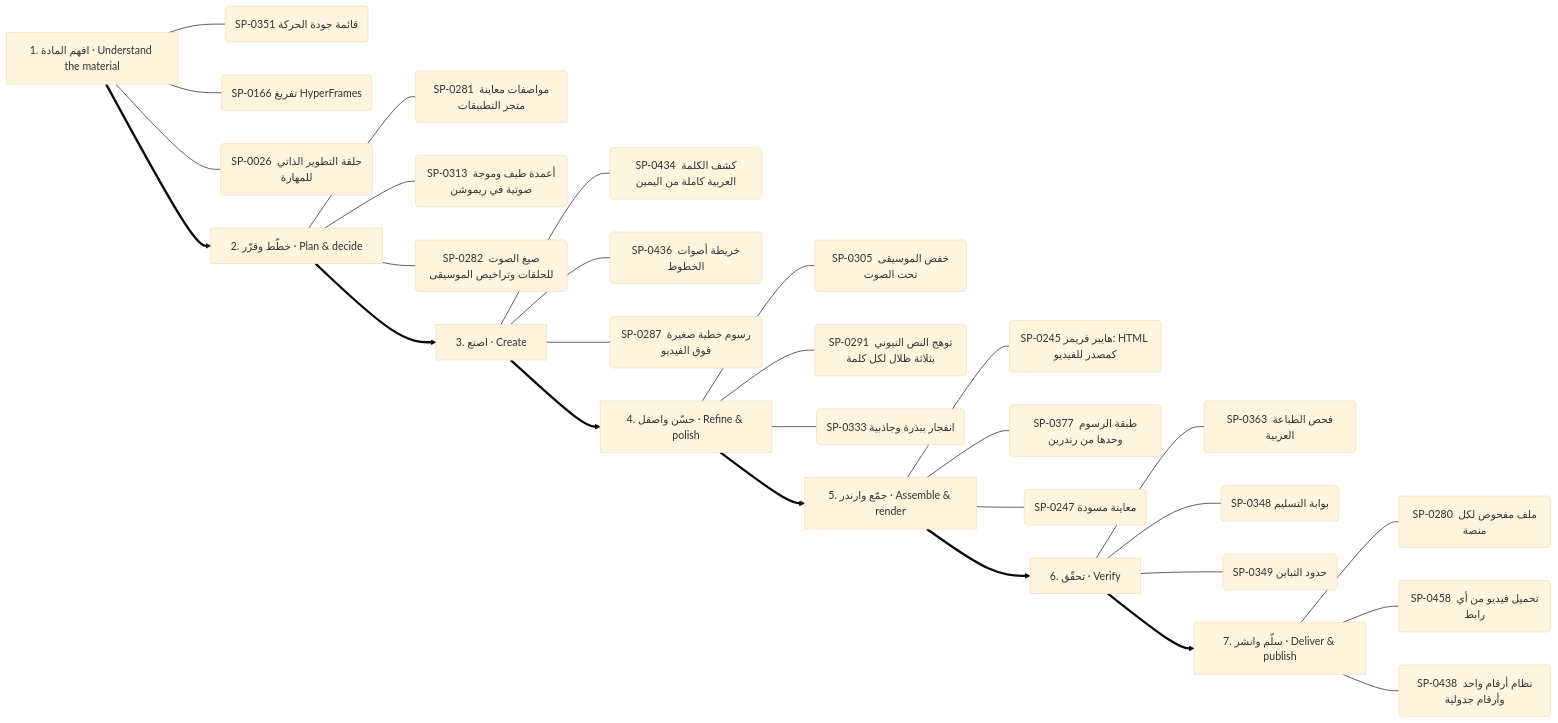
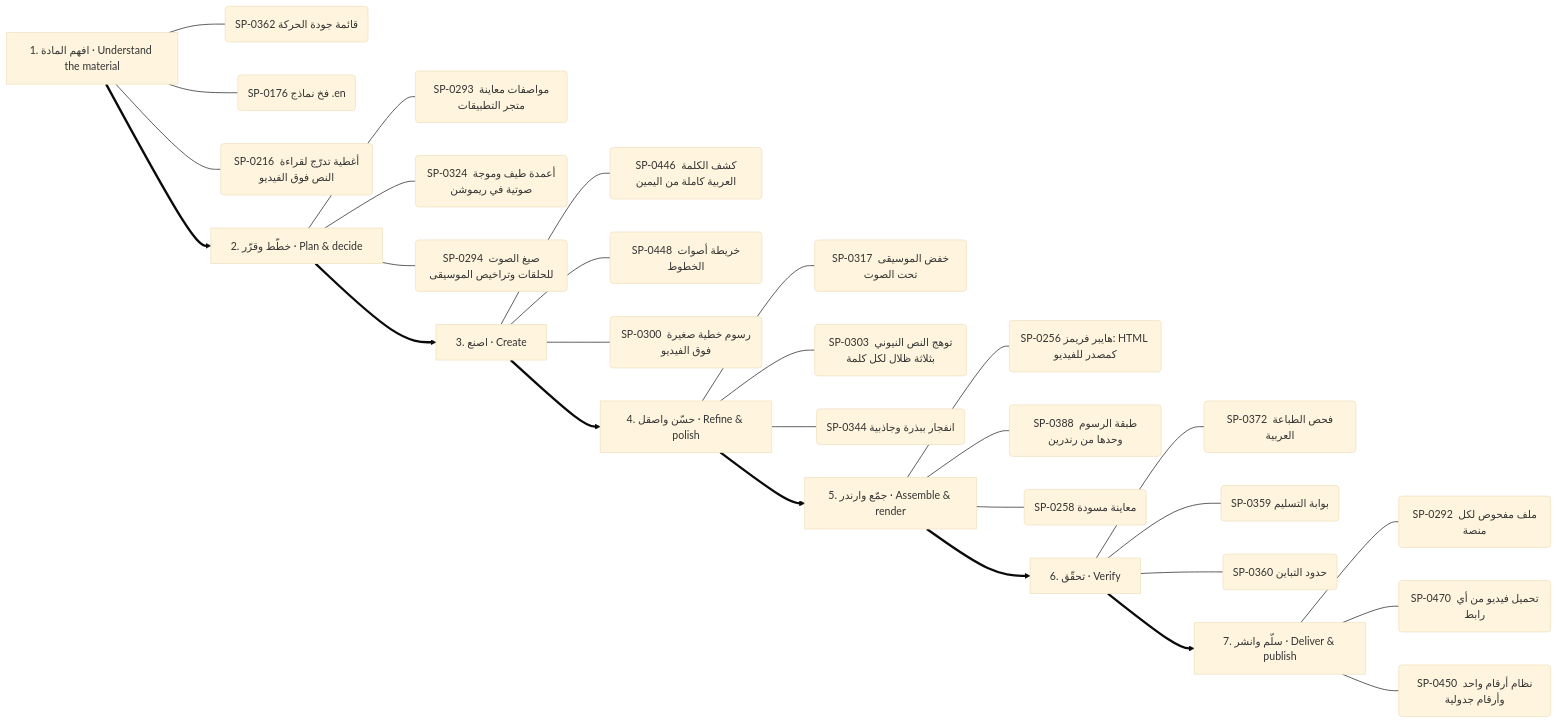
The second of 13 diagrams in .claude/skills/kosif-superpowers/references/capability-mindmap.md (kosif199022-jpg/kosif-tool), drawn with Mermaid (base theme) before and after one commit. The commit also changed other lines of this file and 58 other files, not shown here.

````diff
--- a/.claude/skills/kosif-superpowers/references/capability-mindmap.md
+++ b/.claude/skills/kosif-superpowers/references/capability-mindmap.md
@@ -127,37 +127,37 @@
 ```mermaid
 flowchart LR
   S0["1. افهم المادة · Understand the material"]
-  S0 --- S0_0("SP-0351 قائمة جودة الحركة")
-  S0 --- S0_1("SP-0166 تفريغ HyperFrames")
-  S0 --- S0_2("SP-0026 حلقة التطوير الذاتي للمهارة")
+  S0 --- S0_0("SP-0362 قائمة جودة الحركة")
+  S0 --- S0_1("SP-0176 فخ نماذج .en")
+  S0 --- S0_2("SP-0216 أغطية تدرّج لقراءة النص فوق الفيديو")
   S1["2. خطّط وقرّر · Plan & decide"]
-  S1 --- S1_0("SP-0281 مواصفات معاينة متجر التطبيقات")
-  S1 --- S1_1("SP-0313 أعمدة طيف وموجة صوتية في ريموشن")
-  S1 --- S1_2("SP-0282 صيغ الصوت للحلقات وتراخيص الموسيقى")
+  S1 --- S1_0("SP-0293 مواصفات معاينة متجر التطبيقات")
+  S1 --- S1_1("SP-0324 أعمدة طيف وموجة صوتية في ريموشن")
+  S1 --- S1_2("SP-0294 صيغ الصوت للحلقات وتراخيص الموسيقى")
   S0 ==> S1
   S2["3. اصنع · Create"]
-  S2 --- S2_0("SP-0434 كشف الكلمة العربية كاملة من اليمين")
-  S2 --- S2_1("SP-0436 خريطة أصوات الخطوط")
-  S2 --- S2_2("SP-0287 رسوم خطية صغيرة فوق الفيديو")
+  S2 --- S2_0("SP-0446 كشف الكلمة العربية كاملة من اليمين")
+  S2 --- S2_1("SP-0448 خريطة أصوات الخطوط")
+  S2 --- S2_2("SP-0300 رسوم خطية صغيرة فوق الفيديو")
   S1 ==> S2
   S3["4. حسّن واصقل · Refine & polish"]
-  S3 --- S3_0("SP-0305 خفض الموسيقى تحت الصوت")
-  S3 --- S3_1("SP-0291 توهج النص النيوني بثلاثة ظلال لكل كلمة")
-  S3 --- S3_2("SP-0333 انفجار ببذرة وجاذبية")
+  S3 --- S3_0("SP-0317 خفض الموسيقى تحت الصوت")
+  S3 --- S3_1("SP-0303 توهج النص النيوني بثلاثة ظلال لكل كلمة")
+  S3 --- S3_2("SP-0344 انفجار ببذرة وجاذبية")
   S2 ==> S3
   S4["5. جمّع وارندر · Assemble & render"]
-  S4 --- S4_0("SP-0245 هايبر فريمز: HTML كمصدر للفيديو")
-  S4 --- S4_1("SP-0377 طبقة الرسوم وحدها من رندرين")
-  S4 --- S4_2("SP-0247 معاينة مسودة")
+  S4 --- S4_0("SP-0256 هايبر فريمز: HTML كمصدر للفيديو")
+  S4 --- S4_1("SP-0388 طبقة الرسوم وحدها من رندرين")
+  S4 --- S4_2("SP-0258 معاينة مسودة")
   S3 ==> S4
   S5["6. تحقّق · Verify"]
-  S5 --- S5_0("SP-0363 فحص الطباعة العربية")
-  S5 --- S5_1("SP-0348 بوابة التسليم")
-  S5 --- S5_2("SP-0349 حدود التباين")
+  S5 --- S5_0("SP-0372 فحص الطباعة العربية")
+  S5 --- S5_1("SP-0359 بوابة التسليم")
+  S5 --- S5_2("SP-0360 حدود التباين")
   S4 ==> S5
   S6["7. سلّم وانشر · Deliver & publish"]
-  S6 --- S6_0("SP-0280 ملف مفحوص لكل منصة")
-  S6 --- S6_1("SP-0458 تحميل فيديو من أي رابط")
-  S6 --- S6_2("SP-0438 نظام أرقام واحد وأرقام جدولية")
+  S6 --- S6_0("SP-0292 ملف مفحوص لكل منصة")
+  S6 --- S6_1("SP-0470 تحميل فيديو من أي رابط")
+  S6 --- S6_2("SP-0450 نظام أرقام واحد وأرقام جدولية")
   S5 ==> S6
 ```
````
